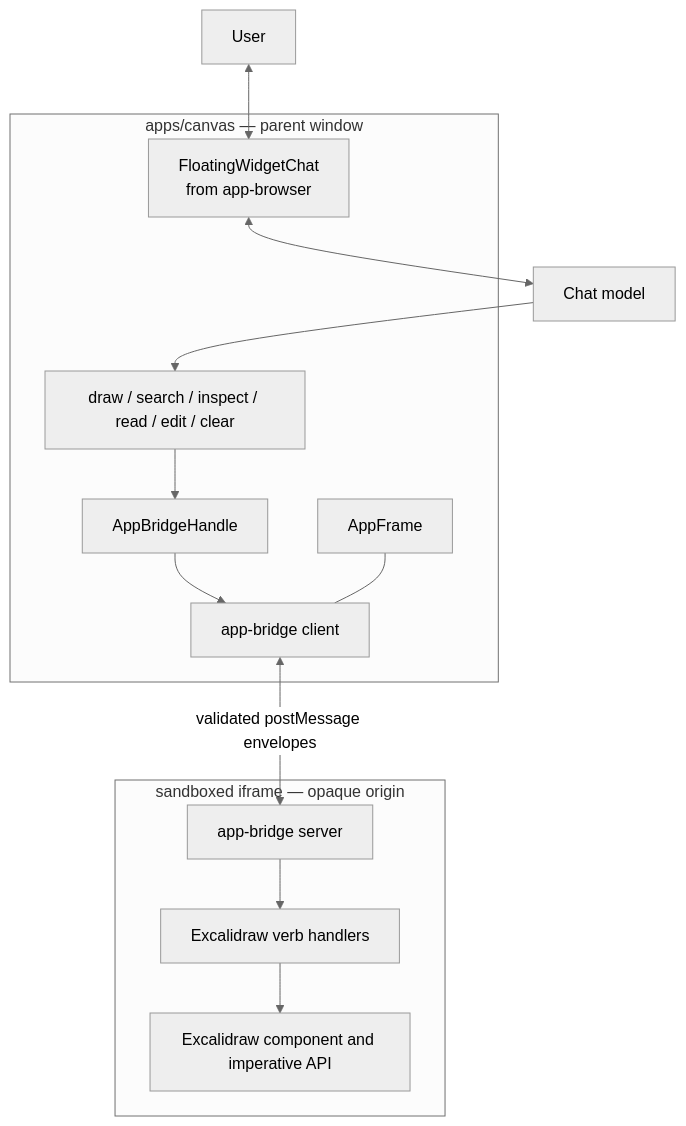
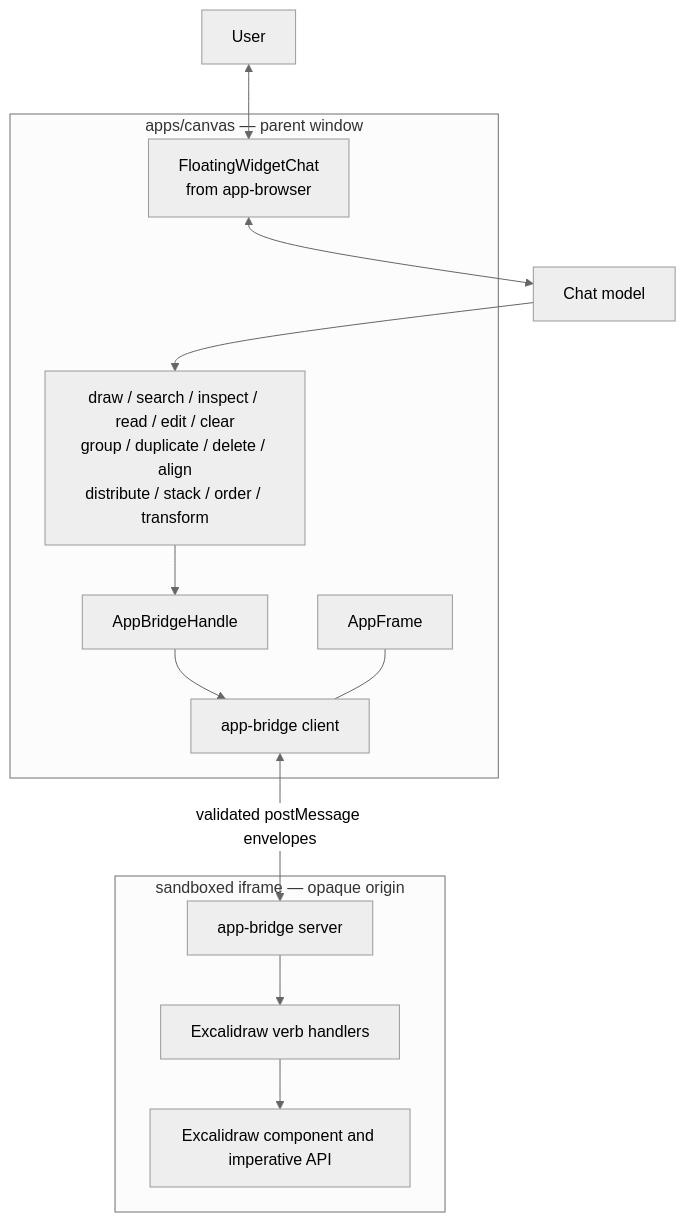
Before and after one commit to NNTin/tinytinkerer: the second of 10 diagrams in docs/app-harness.md, drawn with Mermaid (neutral theme). The commit also changed other lines of this file and 15 other files, not shown here.

````diff
--- a/docs/app-harness.md
+++ b/docs/app-harness.md
@@ -70,29 +70,29 @@
 ```mermaid
 flowchart TB
   user[User]
   model[Chat model]
 
   subgraph shell["apps/canvas — parent window"]
     chat["FloatingWidgetChat<br/>from app-browser"]
-    tools["draw / search / inspect / read / edit / clear"]
+    tools["draw / search / inspect / read / edit / clear<br/>group / duplicate / delete / align<br/>distribute / stack / order / transform"]
     handle["AppBridgeHandle"]
     client["app-bridge client"]
     frame["AppFrame"]
   end
 
   subgraph iframe["sandboxed iframe — opaque origin"]
     server["app-bridge server"]
     handlers["Excalidraw verb handlers"]
     component["Excalidraw component and imperative API"]
   end
 
   user <--> chat
   chat <--> model
   model --> tools
   tools --> handle
   handle --> client
   client <-->|"validated postMessage envelopes"| server
   frame --- client
   server --> handlers
   handlers --> component
 ```
````
